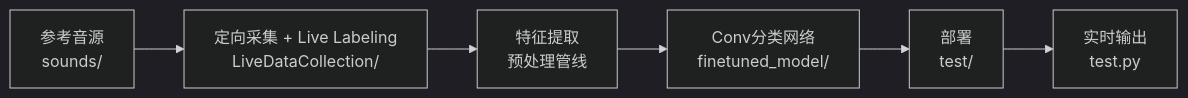
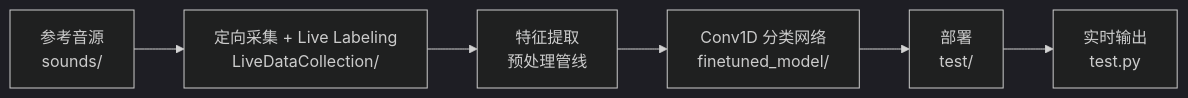
One commit to ForeverTTT/EESTEC_Challenge changed the diagram in README.md. Above: the diagram before and after it, drawn with Mermaid (dark theme). The commit also changed other lines of this file, not shown here.

````diff
--- a/README.md
+++ b/README.md
@@ -128,9 +127,9 @@
 ```mermaid
 flowchart LR
     A["参考音源<br/>sounds/"]
     --> B["定向采集 + Live Labeling<br/>LiveDataCollection/"]
     --> C["特征提取<br/>预处理管线"]
-    --> D["Conv分类网络<br/>finetuned_model/"]
+    --> D["Conv1D 分类网络<br/>finetuned_model/"]
     --> E["部署<br/>test/"]
     --> F["实时输出<br/>test.py"]
 ```
````
